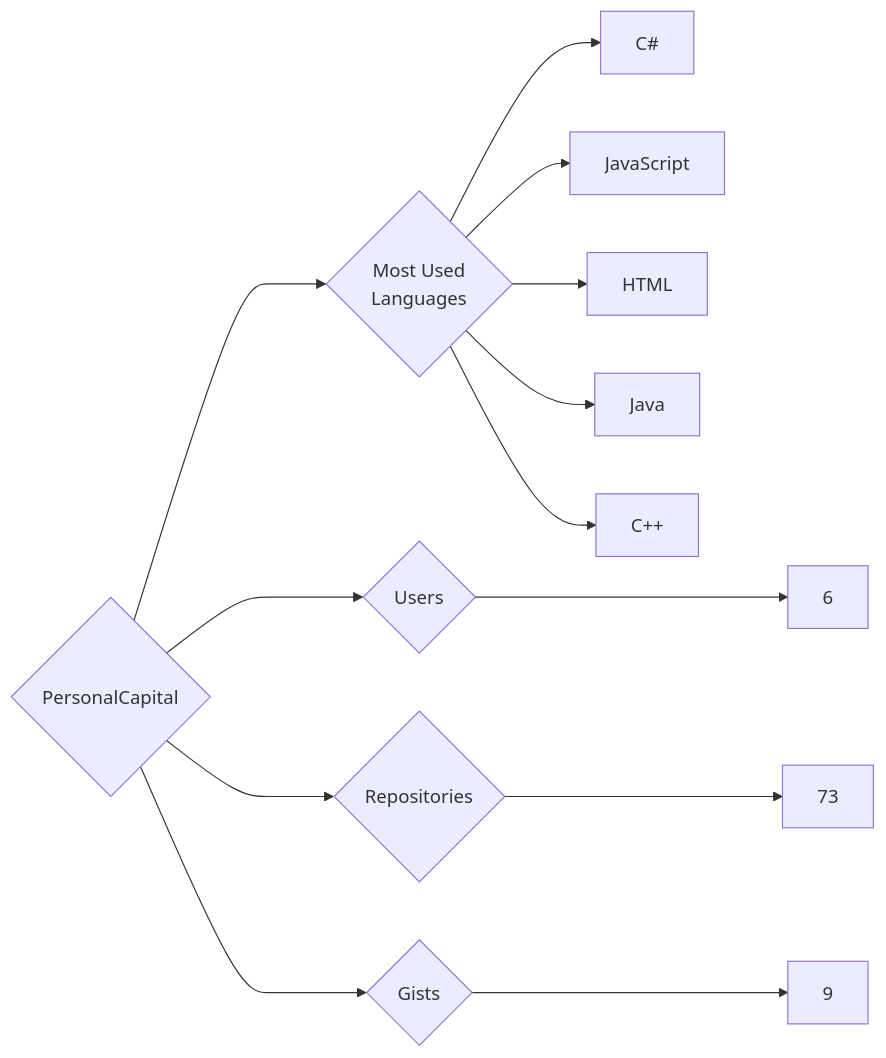
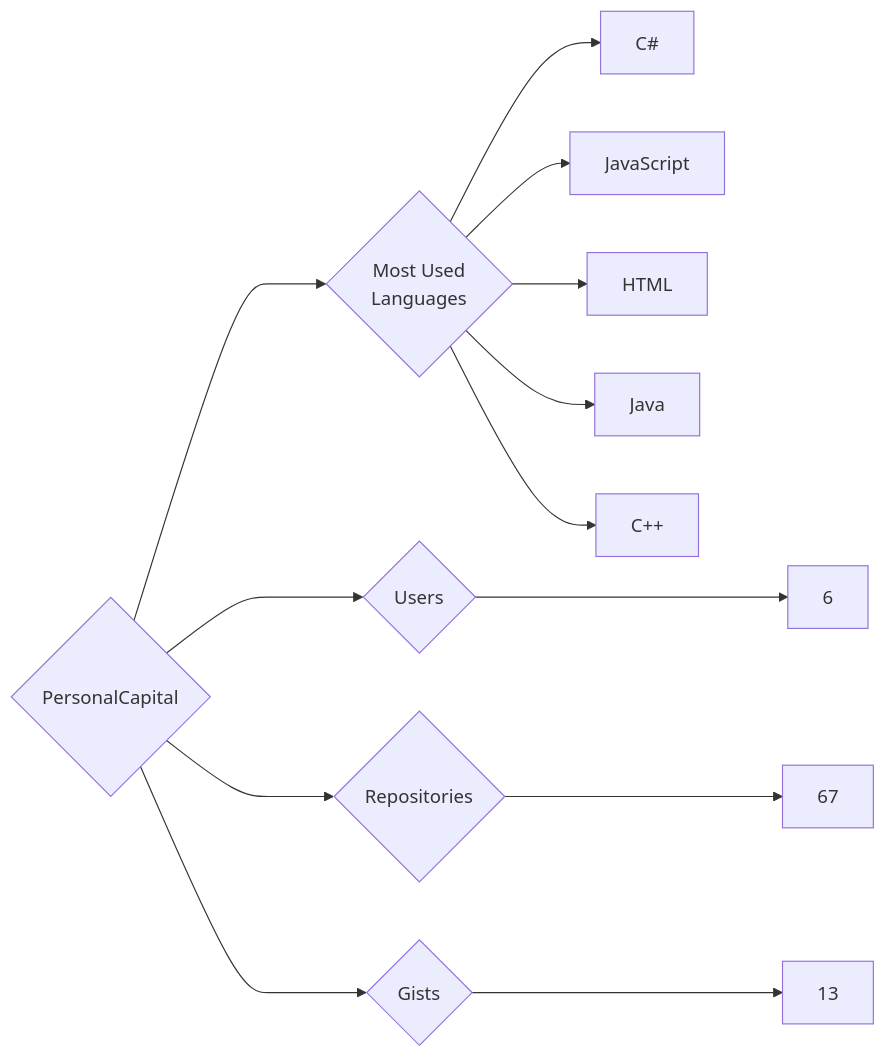
The diagram in targets/PersonalCapital/README.md (trickest/insiders), drawn with Mermaid before and after one commit. The commit also changed 1479 other files, not shown here.

````diff
--- a/targets/PersonalCapital/README.md
+++ b/targets/PersonalCapital/README.md
@@ -3,13 +3,13 @@
 ```mermaid
 graph LR
 COMPANY_NAME{PersonalCapital}
 COMPANY_NAME ---> U{Users} ---> UN[6]
-COMPANY_NAME ---> R{Repositories} ---> RN[73]
-COMPANY_NAME ---> G{Gists} ---> GN[9]
+COMPANY_NAME ---> R{Repositories} ---> RN[67]
+COMPANY_NAME ---> G{Gists} ---> GN[13]
 COMPANY_NAME ---> ML{Most Used<br>Languages}
 ML --> C#[C#]
 ML --> JavaScript[JavaScript]
 ML --> HTML[HTML]
 ML --> Java[Java]
 ML --> C++[C++]
 ```
````
